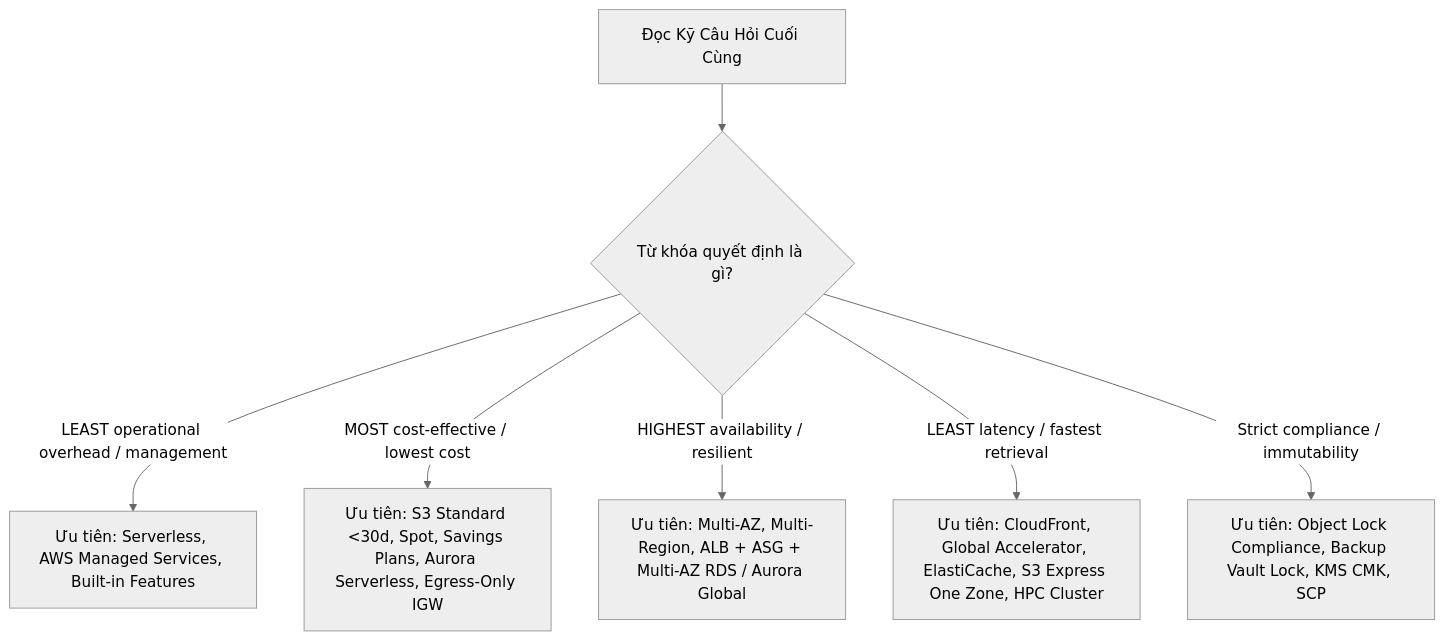
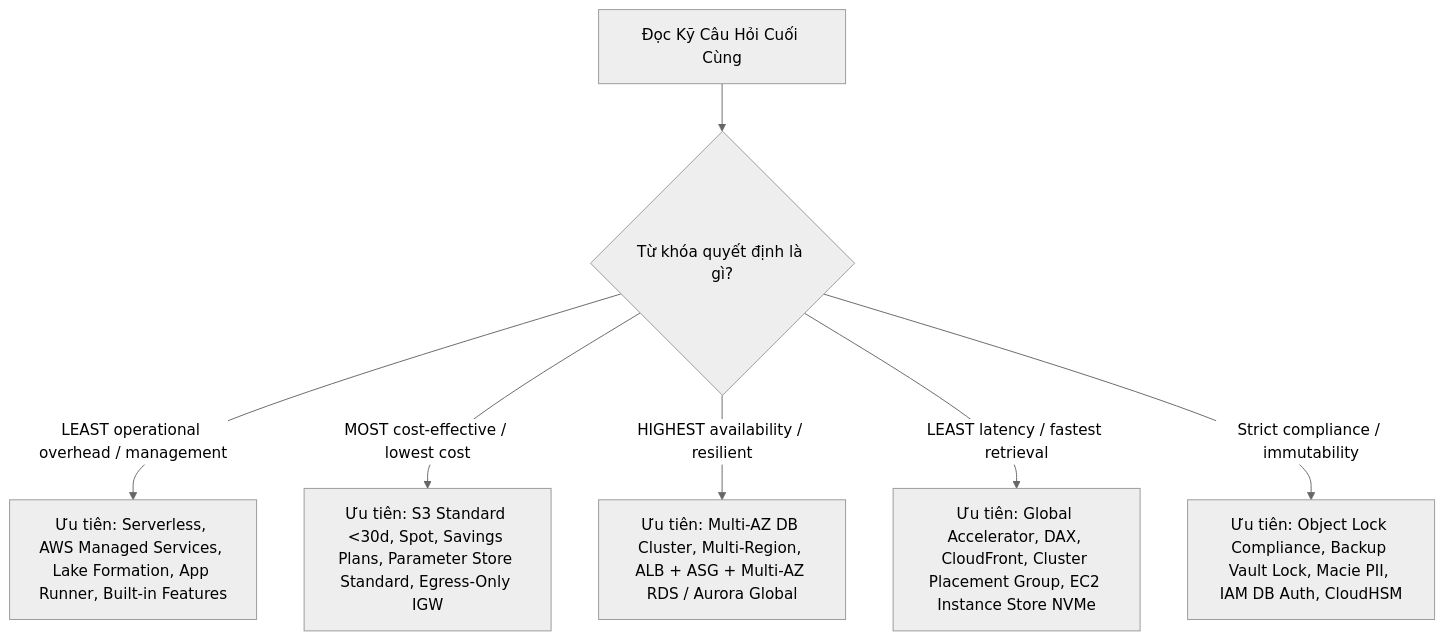
One commit to nhatphanhk/AWS_XBrain_Note changed the first of 4 diagrams in EXAM_VOCABULARY.md. Above: the diagram before and after it, drawn with Mermaid (neutral theme). The commit also changed other lines of this file and 29 other files, not shown here.

````diff
--- a/EXAM_VOCABULARY.md
+++ b/EXAM_VOCABULARY.md
@@ -24,9 +27,9 @@
 ```mermaid
 flowchart TD
     Q[Đọc Kỹ Câu Hỏi Cuối Cùng] --> CheckQ{Từ khóa quyết định là gì?}
-    CheckQ -->|LEAST operational overhead / management| Managed[Ưu tiên: Serverless, AWS Managed Services, Built-in Features]
-    CheckQ -->|MOST cost-effective / lowest cost| FinOps[Ưu tiên: S3 Standard <30d, Spot, Savings Plans, Aurora Serverless, Egress-Only IGW]
-    CheckQ -->|HIGHEST availability / resilient| Resilient[Ưu tiên: Multi-AZ, Multi-Region, ALB + ASG + Multi-AZ RDS / Aurora Global]
-    CheckQ -->|LEAST latency / fastest retrieval| Perf[Ưu tiên: CloudFront, Global Accelerator, ElastiCache, S3 Express One Zone, HPC Cluster]
-    CheckQ -->|Strict compliance / immutability| Sec[Ưu tiên: Object Lock Compliance, Backup Vault Lock, KMS CMK, SCP]
+    CheckQ -->|LEAST operational overhead / management| Managed[Ưu tiên: Serverless, AWS Managed Services, Lake Formation, App Runner, Built-in Features]
+    CheckQ -->|MOST cost-effective / lowest cost| FinOps[Ưu tiên: S3 Standard <30d, Spot, Savings Plans, Parameter Store Standard, Egress-Only IGW]
+    CheckQ -->|HIGHEST availability / resilient| Resilient[Ưu tiên: Multi-AZ DB Cluster, Multi-Region, ALB + ASG + Multi-AZ RDS / Aurora Global]
+    CheckQ -->|LEAST latency / fastest retrieval| Perf[Ưu tiên: Global Accelerator, DAX, CloudFront, Cluster Placement Group, EC2 Instance Store NVMe]
+    CheckQ -->|Strict compliance / immutability| Sec[Ưu tiên: Object Lock Compliance, Backup Vault Lock, Macie PII, IAM DB Auth, CloudHSM]
 ```
````
